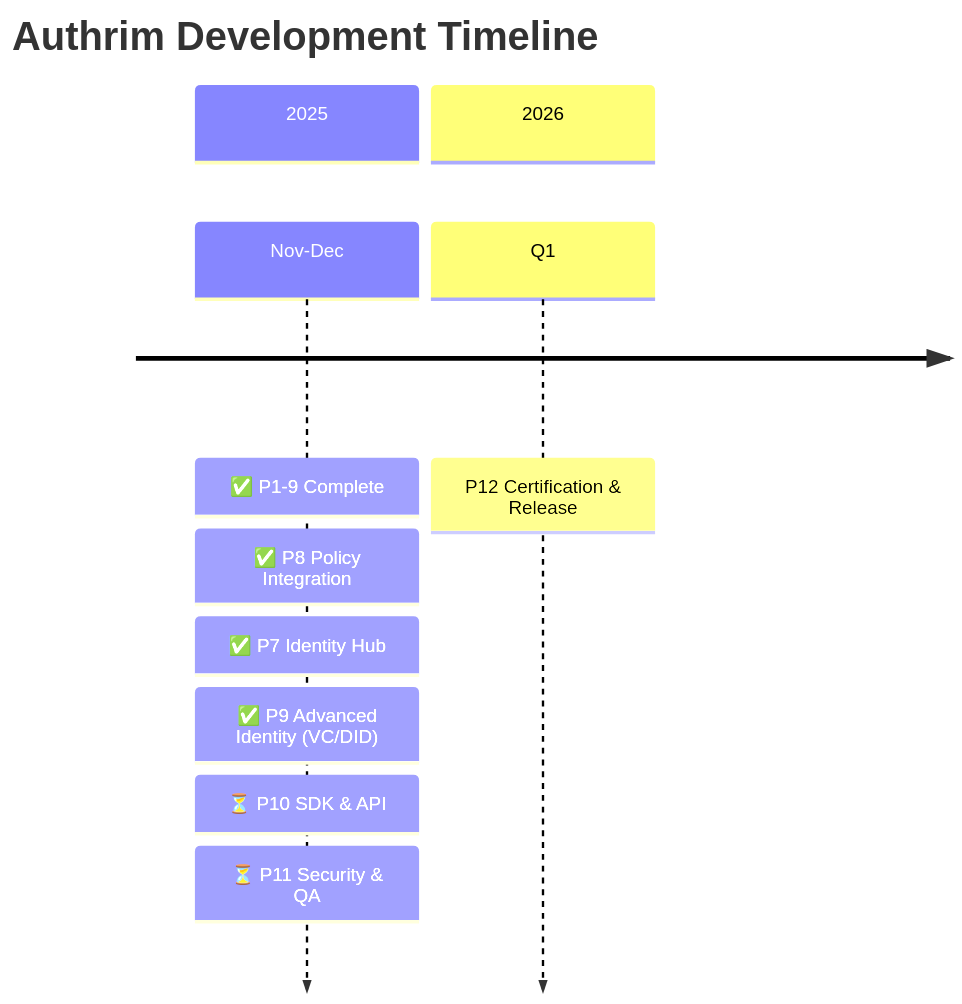
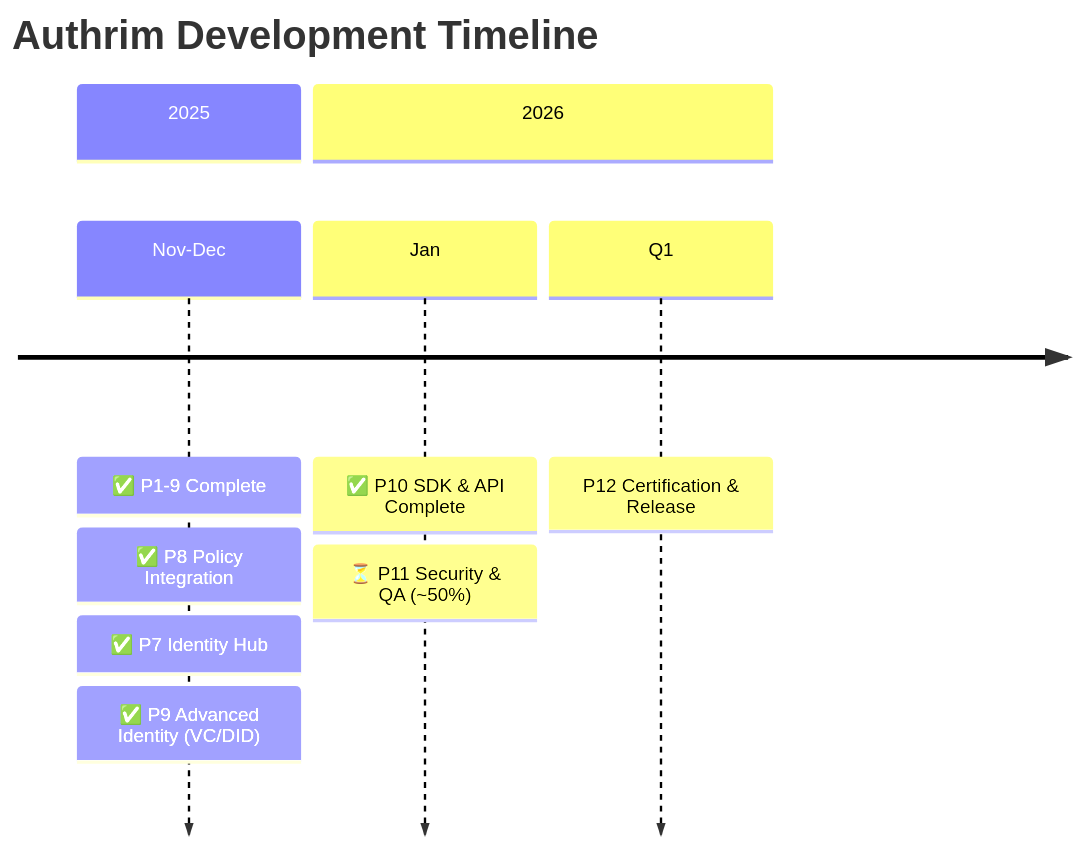
The diagram in docs/ROADMAP.md (fossabot/authrim), drawn with Mermaid before and after one commit. The commit also changed other lines of this file and 10 other files, not shown here.

````diff
--- a/docs/ROADMAP.md
+++ b/docs/ROADMAP.md
@@ -11,13 +11,13 @@
 ```mermaid
 timeline
     title Authrim Development Timeline
     section 2025
         Nov-Dec : ✅ P1-9 Complete
                 : ✅ P8 Policy Integration
                 : ✅ P7 Identity Hub
                 : ✅ P9 Advanced Identity (VC/DID)
-                : ⏳ P10 SDK & API
-                : ⏳ P11 Security & QA
     section 2026
+        Jan : ✅ P10 SDK & API Complete
+            : ⏳ P11 Security & QA (~50%)
         Q1 : P12 Certification & Release
 ```
````
